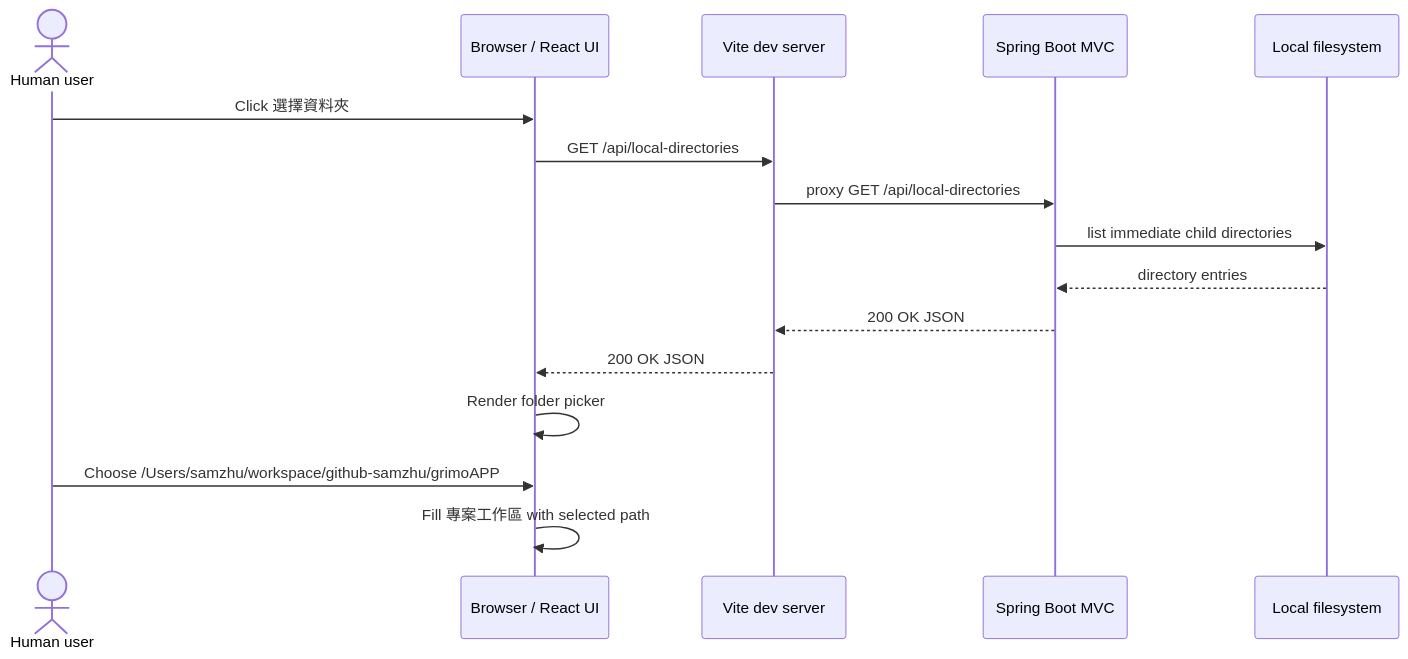
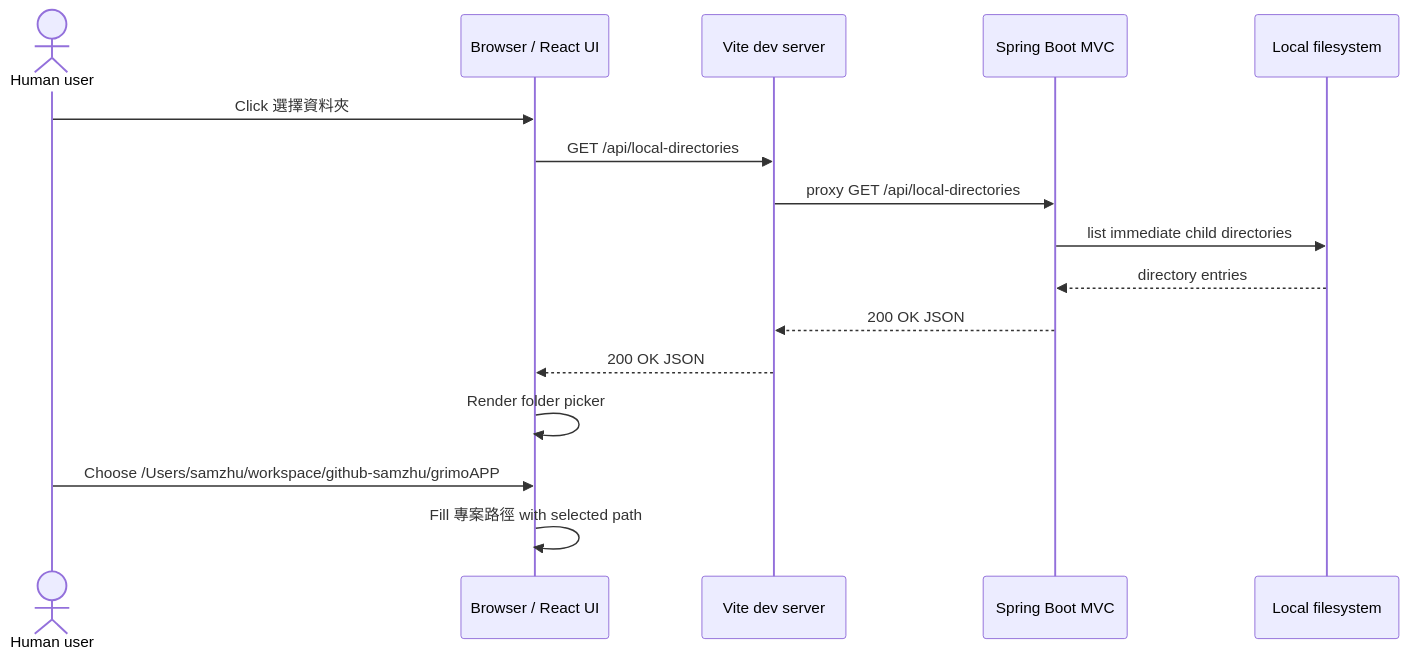
Before and after one commit to samzhu/grimoAPP: the fifth of 5 diagrams in docs/grimo/architecture.md, drawn with Mermaid. The commit also changed other lines of this file and 6 other files, not shown here.

````diff
--- a/docs/grimo/architecture.md
+++ b/docs/grimo/architecture.md
@@ -134,19 +135,19 @@
 ```mermaid
 sequenceDiagram
   actor User as Human user
   participant Browser as Browser / React UI
   participant Vite as Vite dev server
   participant API as Spring Boot MVC
   participant FS as Local filesystem
 
   User->>Browser: Click 選擇資料夾
   Browser->>Vite: GET /api/local-directories
   Vite->>API: proxy GET /api/local-directories
   API->>FS: list immediate child directories
   FS-->>API: directory entries
   API-->>Vite: 200 OK JSON
   Vite-->>Browser: 200 OK JSON
   Browser->>Browser: Render folder picker
   User->>Browser: Choose /Users/samzhu/workspace/github-samzhu/grimoAPP
-  Browser->>Browser: Fill 專案工作區 with selected path
+  Browser->>Browser: Fill 專案路徑 with selected path
 ```
````
